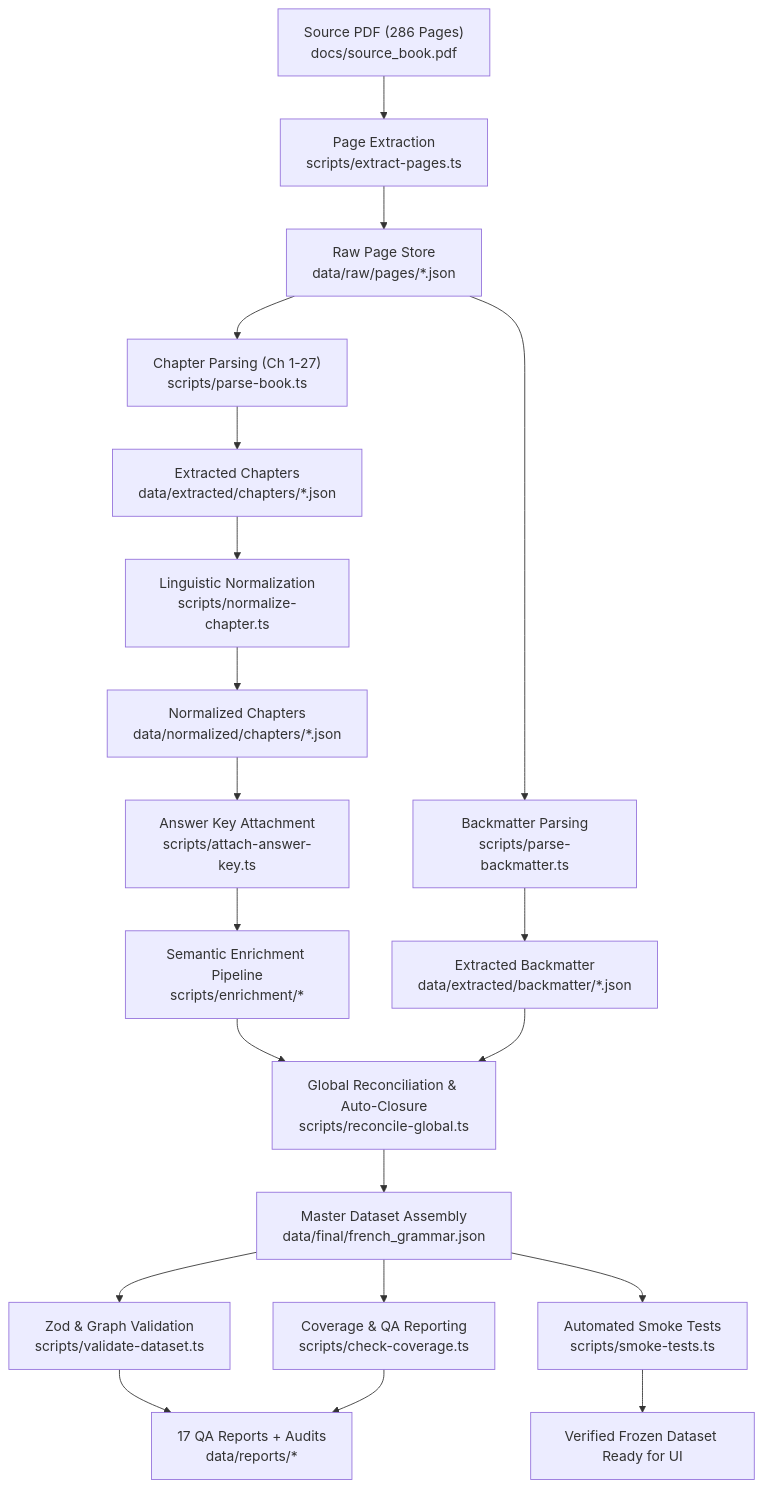
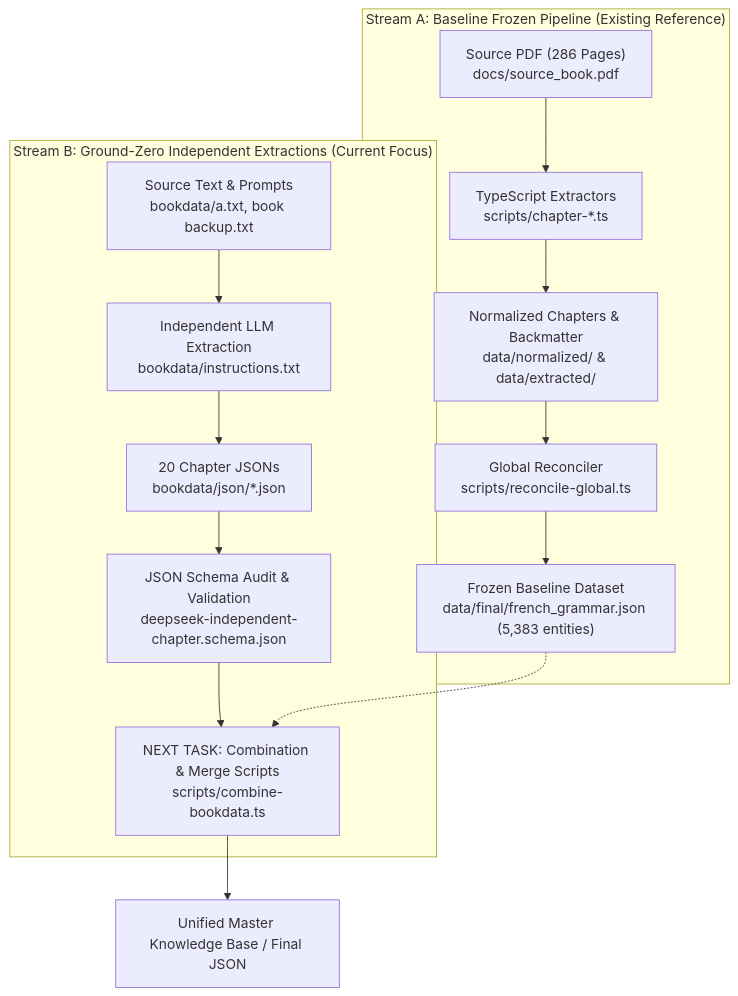
Before and after one commit to Sukhjot-13/french_book: the diagram in README.md, drawn with Mermaid. The commit also changed other lines of this file and 14 other files, not shown here.

````diff
--- a/README.md
+++ b/README.md
@@ -194,22 +50,19 @@
 ```mermaid
 flowchart TD
-    A["Source PDF (286 Pages)<br>docs/source_book.pdf"] --> B["Page Extraction<br>scripts/extract-pages.ts"]
-    B --> C["Raw Page Store<br>data/raw/pages/*.json"]
-    C --> D["Chapter Parsing (Ch 1-27)<br>scripts/parse-book.ts"]
-    C --> E["Backmatter Parsing<br>scripts/parse-backmatter.ts"]
-    D --> F["Extracted Chapters<br>data/extracted/chapters/*.json"]
-    E --> G["Extracted Backmatter<br>data/extracted/backmatter/*.json"]
-    F --> H["Linguistic Normalization<br>scripts/normalize-chapter.ts"]
-    H --> I["Normalized Chapters<br>data/normalized/chapters/*.json"]
-    I --> J["Answer Key Attachment<br>scripts/attach-answer-key.ts"]
-    J --> K["Semantic Enrichment Pipeline<br>scripts/enrichment/*"]
-    K --> L["Global Reconciliation & Auto-Closure<br>scripts/reconcile-global.ts"]
-    G --> L
-    L --> M["Master Dataset Assembly<br>data/final/french_grammar.json"]
-    M --> N["Zod & Graph Validation<br>scripts/validate-dataset.ts"]
-    M --> O["Coverage & QA Reporting<br>scripts/check-coverage.ts"]
-    M --> P["Automated Smoke Tests<br>scripts/smoke-tests.ts"]
-    N --> Q["17 QA Reports + Audits<br>data/reports/*"]
-    O --> Q
-    P --> R["Verified Frozen Dataset Ready for UI"]
+    subgraph Stream_B ["Stream B: Ground-Zero Independent Extractions (Current Focus)"]
+        B1["Source Text & Prompts<br>bookdata/a.txt, book backup.txt"] --> B2["Independent LLM Extraction<br>bookdata/instructions.txt"]
+        B2 --> B3["20 Chapter JSONs<br>bookdata/json/*.json"]
+        B3 --> B4["JSON Schema Audit & Validation<br>deepseek-independent-chapter.schema.json"]
+        B4 --> B5["NEXT TASK: Combination & Merge Scripts<br>scripts/combine-bookdata.ts"]
+    end
+
+    subgraph Stream_A ["Stream A: Baseline Frozen Pipeline (Existing Reference)"]
+        A1["Source PDF (286 Pages)<br>docs/source_book.pdf"] --> A2["TypeScript Extractors<br>scripts/chapter-*.ts"]
+        A2 --> A3["Normalized Chapters & Backmatter<br>data/normalized/ & data/extracted/"]
+        A3 --> A4["Global Reconciler<br>scripts/reconcile-global.ts"]
+        A4 --> A5["Frozen Baseline Dataset<br>data/final/french_grammar.json (5,383 entities)"]
+    end
+
+    B5 --> C["Unified Master Knowledge Base / Final JSON"]
+    A5 -.-> B5
 ```
````
